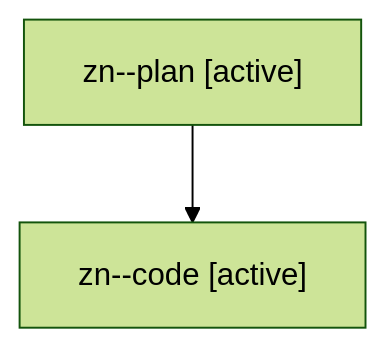
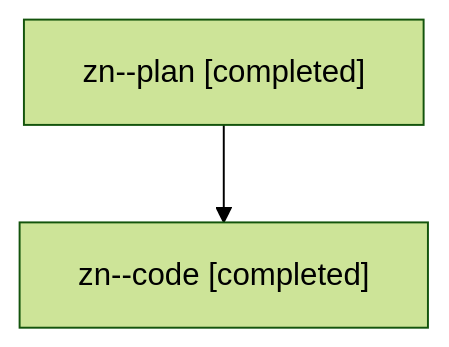
The diagram in families/bbugyi200.athena.zn.md (sase-org/sase--agents), drawn with Mermaid (forest theme) before and after one commit. The commit also changed other lines of this file and 1607 other files, not shown here.

````diff
--- a/families/bbugyi200.athena.zn.md
+++ b/families/bbugyi200.athena.zn.md
@@ -9,6 +9,6 @@
 ```mermaid
 flowchart TD
-  n0["zn--plan [active]"]
-  n1["zn--code [active]"]
+  n0["zn--plan [completed]"]
+  n1["zn--code [completed]"]
   n0 --> n1
 ```
````
